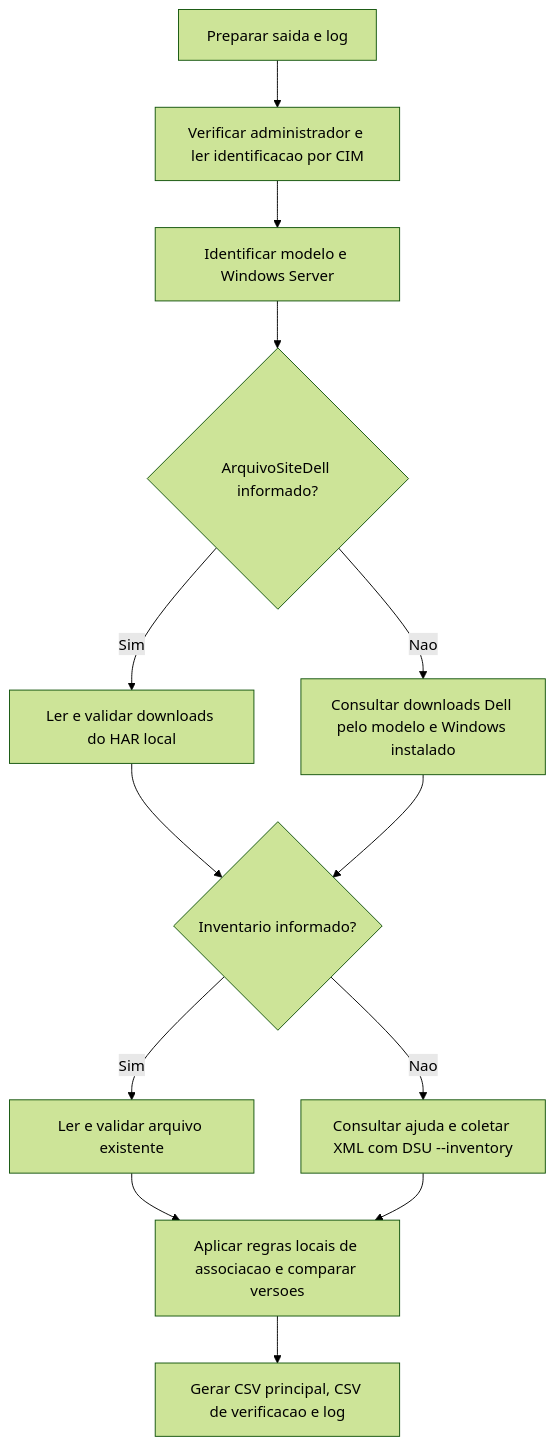
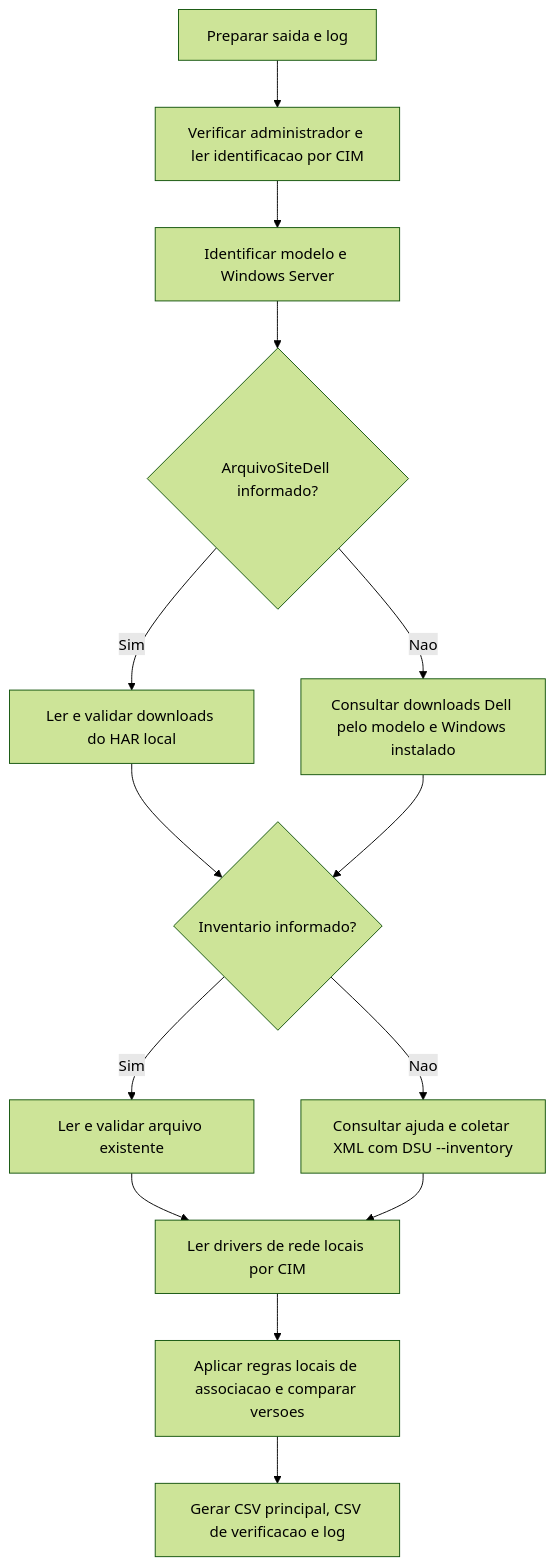
Before and after one commit to fellypedarosa/RelatorioDell: the diagram in README.md, drawn with Mermaid (forest theme). The commit also changed other lines of this file and 5 other files, not shown here.

Commit message:
fix: identificar firmware Broadcom e consultar drivers Dell pelo CIM

````diff
--- a/README.md
+++ b/README.md
@@ -95,15 +97,16 @@
 ```mermaid
 flowchart TD
     A[Preparar saida e log] --> B[Verificar administrador e ler identificacao por CIM]
     B --> C[Identificar modelo e Windows Server]
     C --> D{ArquivoSiteDell informado?}
     D -->|Sim| J[Ler e validar downloads do HAR local]
     D -->|Nao| K[Consultar downloads Dell pelo modelo e Windows instalado]
     J --> E{Inventario informado?}
     K --> E
     E -->|Sim| F[Ler e validar arquivo existente]
     E -->|Nao| G[Consultar ajuda e coletar XML com DSU --inventory]
-    F --> H[Aplicar regras locais de associacao e comparar versoes]
-    G --> H
+    F --> L[Ler drivers de rede locais por CIM]
+    G --> L
+    L --> H[Aplicar regras locais de associacao e comparar versoes]
     H --> I[Gerar CSV principal, CSV de verificacao e log]
 ```
````
